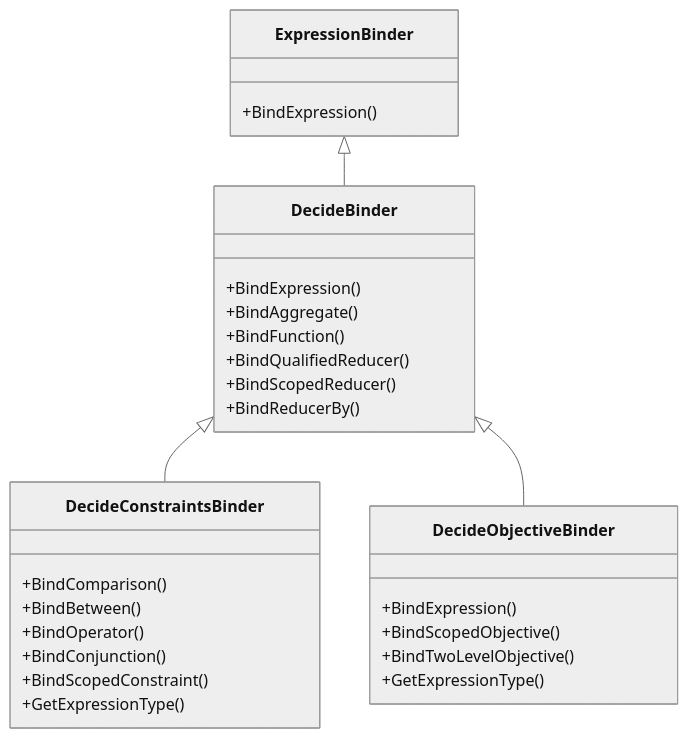
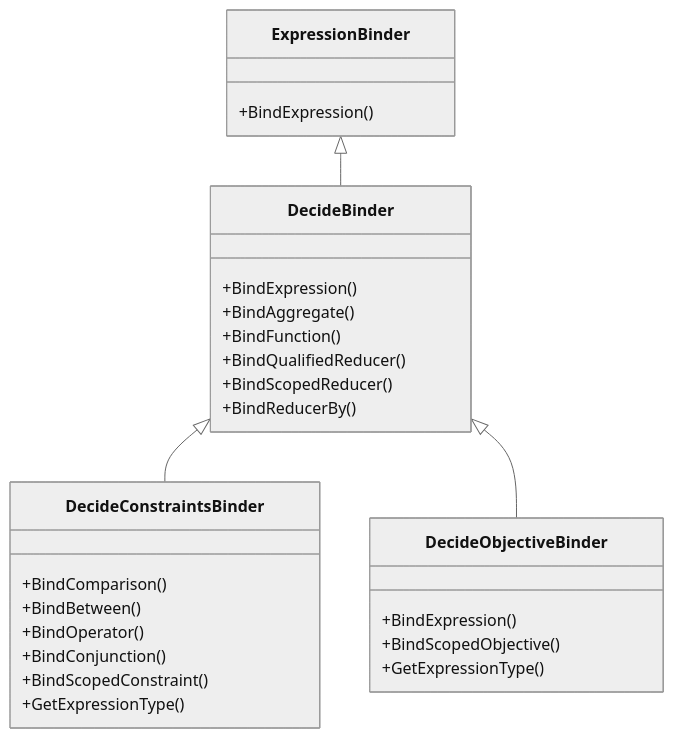
Before and after one commit to huda-lab/decidb: the first of 2 diagrams in context/docs/pipeline/code_structure.md, drawn with Mermaid (neutral theme). The commit also changed other lines of this file and 76 other files, not shown here.

````diff
--- a/context/docs/pipeline/code_structure.md
+++ b/context/docs/pipeline/code_structure.md
@@ -111,32 +113,31 @@
 ```mermaid
 classDiagram
     class ExpressionBinder {
         +BindExpression()
     }
     class DecideBinder {
         +BindExpression()
         +BindAggregate()
         +BindFunction()
         +BindQualifiedReducer()
         +BindScopedReducer()
         +BindReducerBy()
     }
     class DecideConstraintsBinder {
         +BindComparison()
         +BindBetween()
         +BindOperator()
         +BindConjunction()
         +BindScopedConstraint()
         +GetExpressionType()
     }
     class DecideObjectiveBinder {
         +BindExpression()
         +BindScopedObjective()
-        +BindTwoLevelObjective()
         +GetExpressionType()
     }
 
     ExpressionBinder <|-- DecideBinder
     DecideBinder <|-- DecideConstraintsBinder
     DecideBinder <|-- DecideObjectiveBinder
 ```
````
